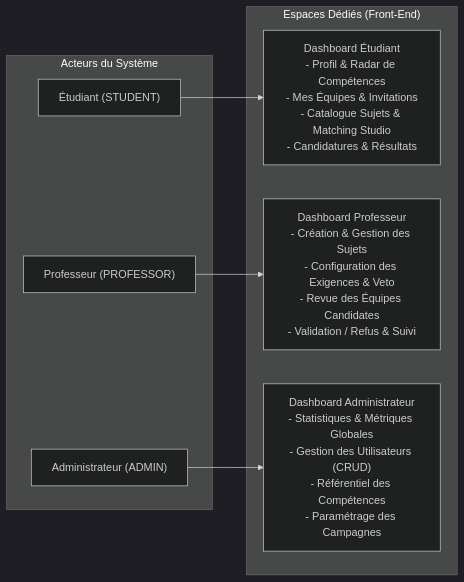
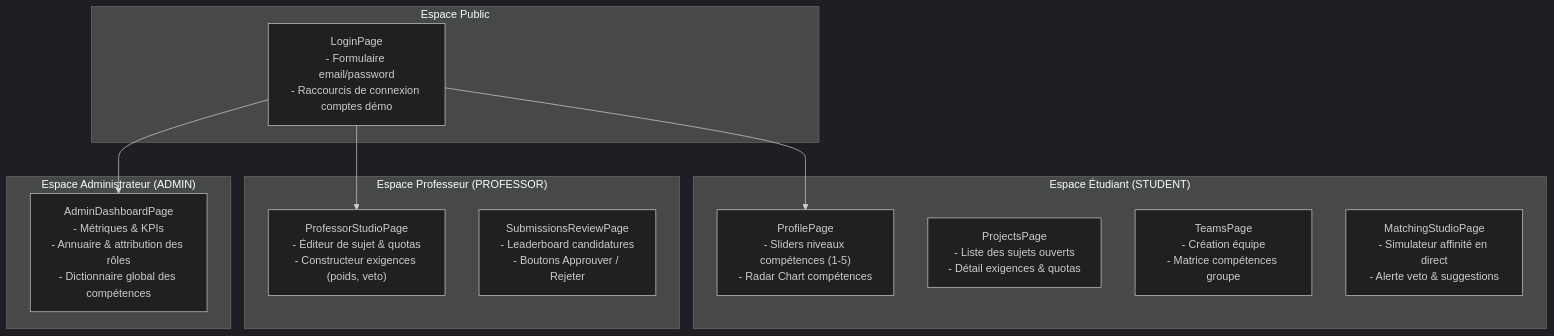
Before and after one commit to Arhrid-Hamza/SmartCollab: the diagram in README.md, drawn with Mermaid (dark theme). The commit also changed other lines of this file, not shown here.

Commit message:
docs(frontend): add dedicated frontend documentation and roadmap

````diff
--- a/README.md
+++ b/README.md
@@ -434,18 +51,26 @@
 ```mermaid
-flowchart LR
-    subgraph Acteurs["Acteurs du Système"]
-        Etu["Étudiant (STUDENT)"]
-        Prof["Professeur (PROFESSOR)"]
-        Admin["Administrateur (ADMIN)"]
+flowchart TD
+    subgraph Authentification["Espace Public"]
+        Login["LoginPage\n- Formulaire email/password\n- Raccourcis de connexion comptes démo"]
     end
 
-    subgraph Espaces["Espaces Dédiés (Front-End)"]
-        DashEtu["Dashboard Étudiant\n- Profil & Radar de Compétences\n- Mes Équipes & Invitations\n- Catalogue Sujets & Matching Studio\n- Candidatures & Résultats"]
-        DashProf["Dashboard Professeur\n- Création & Gestion des Sujets\n- Configuration des Exigences & Veto\n- Revue des Équipes Candidates\n- Validation / Refus & Suivi"]
-        DashAdmin["Dashboard Administrateur\n- Statistiques & Métriques Globales\n- Gestion des Utilisateurs (CRUD)\n- Référentiel des Compétences\n- Paramétrage des Campagnes"]
+    subgraph Espace_Etudiant["Espace Étudiant (STUDENT)"]
+        ProfPage["ProfilePage\n- Sliders niveaux compétences (1-5)\n- Radar Chart compétences"]
+        ProjPage["ProjectsPage\n- Liste des sujets ouverts\n- Détail exigences & quotas"]
+        TeamPage["TeamsPage\n- Création équipe\n- Matrice compétences groupe"]
+        MatchPage["MatchingStudioPage\n- Simulateur affinité en direct\n- Alerte veto & suggestions"]
     end
 
-    Etu --> DashEtu
-    Prof --> DashProf
-    Admin --> DashAdmin
+    subgraph Espace_Professeur["Espace Professeur (PROFESSOR)"]
+        ProfStudio["ProfessorStudioPage\n- Éditeur de sujet & quotas\n- Constructeur exigences (poids, veto)"]
+        SubReview["SubmissionsReviewPage\n- Leaderboard candidatures\n- Boutons Approuver / Rejeter"]
+    end
+
+    subgraph Espace_Admin["Espace Administrateur (ADMIN)"]
+        AdminDash["AdminDashboardPage\n- Métriques & KPIs\n- Annuaire & attribution des rôles\n- Dictionnaire global des compétences"]
+    end
+
+    Login --> ProfPage
+    Login --> ProfStudio
+    Login --> AdminDash
 ```
````
